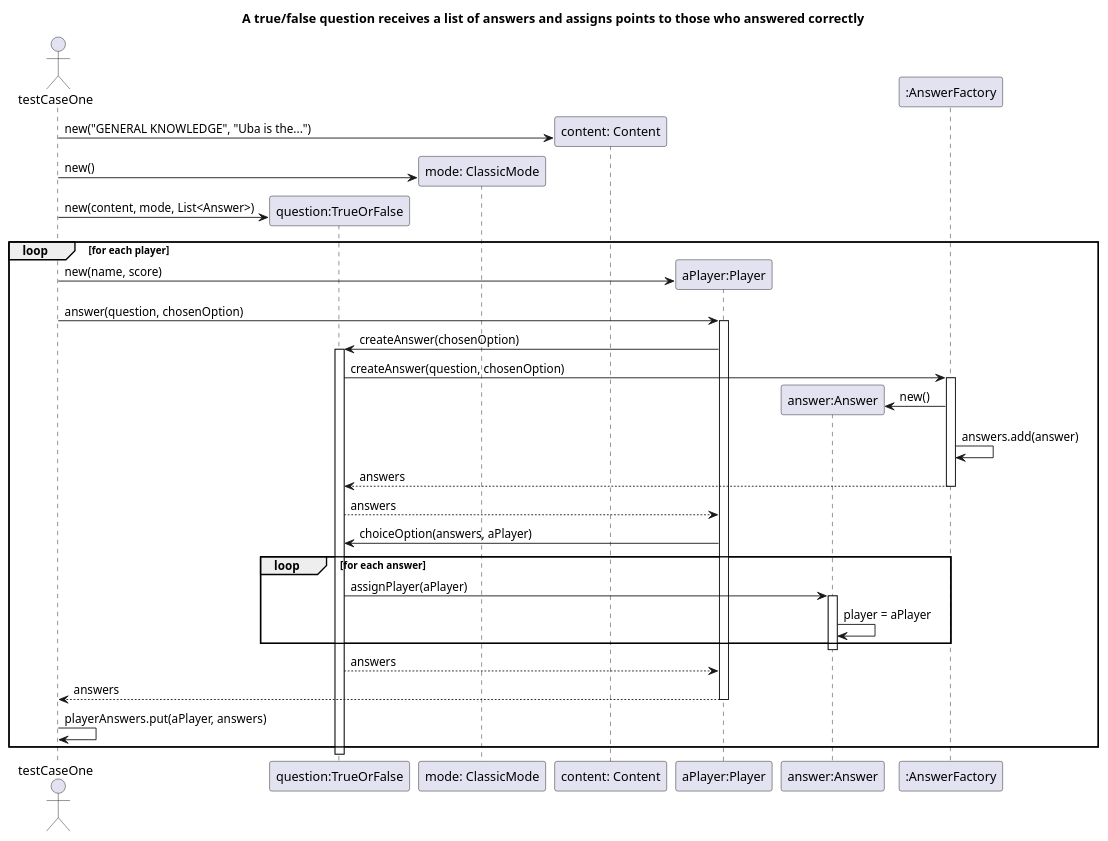
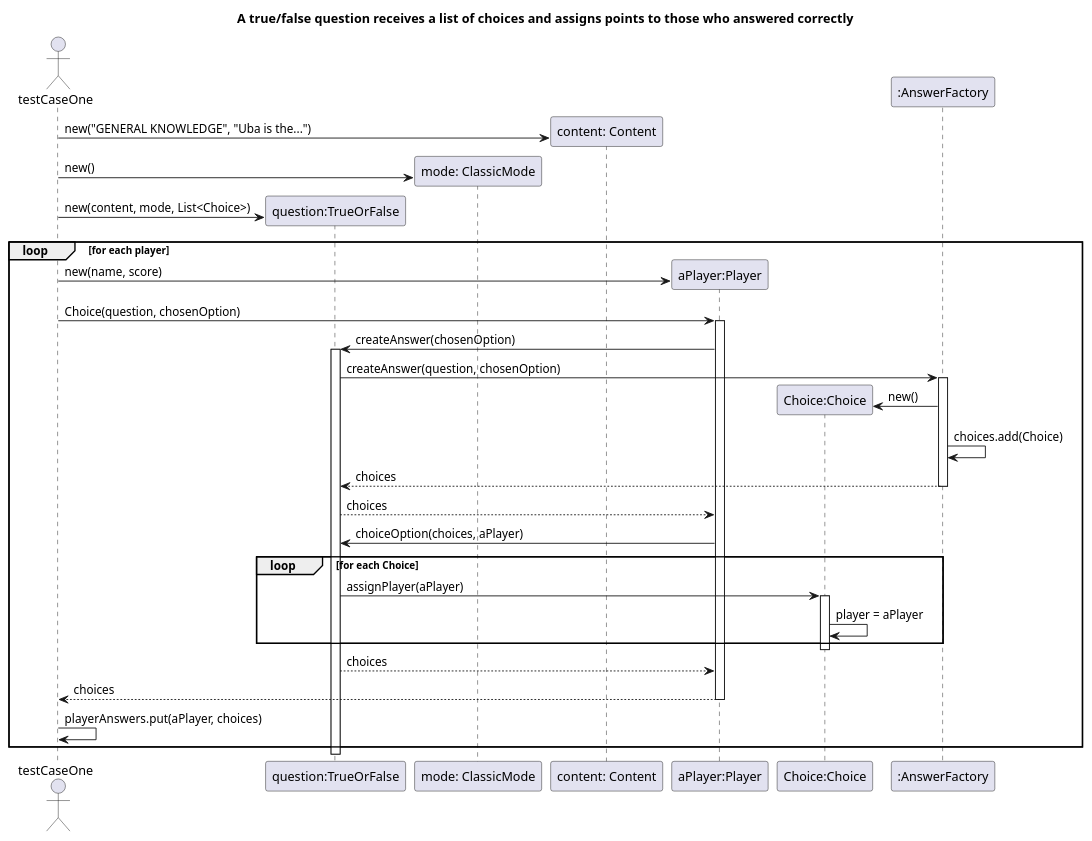
The diagram in UML files/SecuenceDiagramCaseOfUseOne.puml (agpelliciari/TP2-Algo-III), drawn with PlantUML before and after one commit. The commit also changed other lines of this file and 27 other files, not shown here.

```diff
--- a/UML files/SecuenceDiagramCaseOfUseOne.puml
+++ b/UML files/SecuenceDiagramCaseOfUseOne.puml
@@ -1,48 +1,48 @@
 @startuml
-title: A true/false question receives a list of answers and assigns points to those who answered correctly
+title: A true/false question receives a list of choices and assigns points to those who answered correctly
 
 actor testCaseOne
 participant "question:TrueOrFalse" as question
 participant "mode: ClassicMode" as type
 participant "content: Content" as content
 participant "aPlayer:Player" as player
-participant "answer:Answer" as answer
+participant "Choice:Choice" as Choice
 participant ":AnswerFactory" as factory
 
 create content
 testCaseOne -> content:new("GENERAL KNOWLEDGE", "Uba is the...")
 create type
 testCaseOne -> type: new()
 create question
-testCaseOne -> question: new(content, mode, List<Answer>)
+testCaseOne -> question: new(content, mode, List<Choice>)
 
 loop for each player
 create player
 testCaseOne -> player: new(name, score)
 
-testCaseOne -> player: answer(question, chosenOption)
+testCaseOne -> player: Choice(question, chosenOption)
 activate player
 player -> question: createAnswer(chosenOption)
 activate question
 question -> factory: createAnswer(question, chosenOption)
 activate factory
-create answer
-factory -> answer: new()
-factory -> factory: answers.add(answer)
-factory --> question: answers
+create Choice
+factory -> Choice: new()
+factory -> factory: choices.add(Choice)
+factory --> question: choices
 deactivate factory
-question --> player: answers
-player -> question: choiceOption(answers, aPlayer)
+question --> player: choices
+player -> question: choiceOption(choices, aPlayer)
 
-loop for each answer
-question -> answer: assignPlayer(aPlayer)
-activate answer
-answer -> answer: player = aPlayer
+loop for each Choice
+question -> Choice: assignPlayer(aPlayer)
+activate Choice
+Choice -> Choice: player = aPlayer
 end loop
-deactivate answer
-question --> player: answers
-player --> testCaseOne: answers
+deactivate Choice
+question --> player: choices
+player --> testCaseOne: choices
 deactivate player
-testCaseOne -> testCaseOne: playerAnswers.put(aPlayer, answers)
+testCaseOne -> testCaseOne: playerAnswers.put(aPlayer, choices)
 end loop
 @enduml
```
